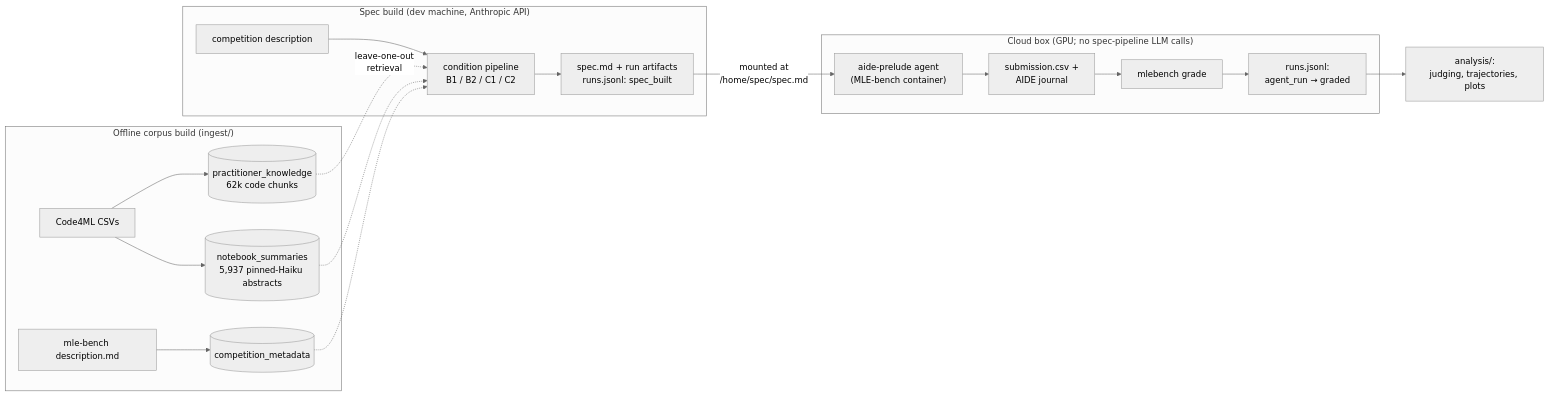
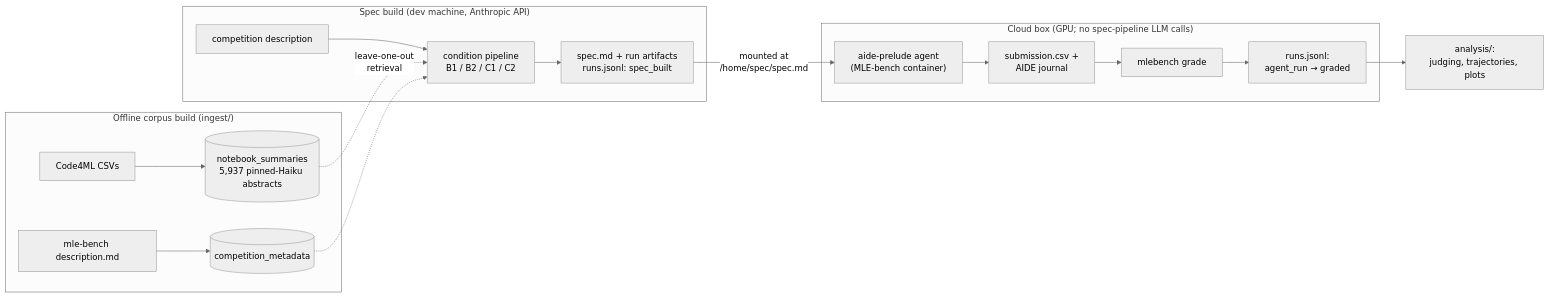
One commit to csinatra/prelude changed the first of 2 diagrams in docs/RESEARCH_DESIGN.md. Above: the diagram before and after it, drawn with Mermaid (neutral theme). The commit also changed other lines of this file and 15 other files, not shown here.

First line of the commit message:
retrieval: collapse two-level code-chunk retrieval to summary-only with cross-stage top-up

````diff
--- a/docs/RESEARCH_DESIGN.md
+++ b/docs/RESEARCH_DESIGN.md
@@ -76,25 +76,23 @@
 ```mermaid
 flowchart LR
     subgraph corpus["Offline corpus build (ingest/)"]
-        c4ml["Code4ML CSVs"] --> pk[("practitioner_knowledge<br/>62k code chunks")]
-        c4ml --> ns[("notebook_summaries<br/>5,937 pinned-Haiku abstracts")]
+        c4ml["Code4ML CSVs"] --> ns[("notebook_summaries<br/>5,937 pinned-Haiku abstracts")]
         descs["mle-bench description.md"] --> cm[("competition_metadata")]
     end
 
     subgraph specbuild["Spec build (dev machine, Anthropic API)"]
         desc["competition description"] --> cond["condition pipeline<br/>B1 / B2 / C1 / C2"]
-        pk -.->|"leave-one-out<br/>retrieval"| cond
-        ns -.-> cond
+        ns -.->|"leave-one-out<br/>retrieval"| cond
         cm -.-> cond
         cond --> spec["spec.md + run artifacts<br/>runs.jsonl: spec_built"]
     end
 
     subgraph cloudbox["Cloud box (GPU; no spec-pipeline LLM calls)"]
         spec -->|"mounted at<br/>/home/spec/spec.md"| aide["aide-prelude agent<br/>(MLE-bench container)"]
         aide --> sub["submission.csv +<br/>AIDE journal"]
         sub --> grade["mlebench grade"]
         grade --> reg["runs.jsonl:<br/>agent_run → graded"]
     end
 
     reg --> anal["analysis/:<br/>judging, trajectories, plots"]
 ```
````
